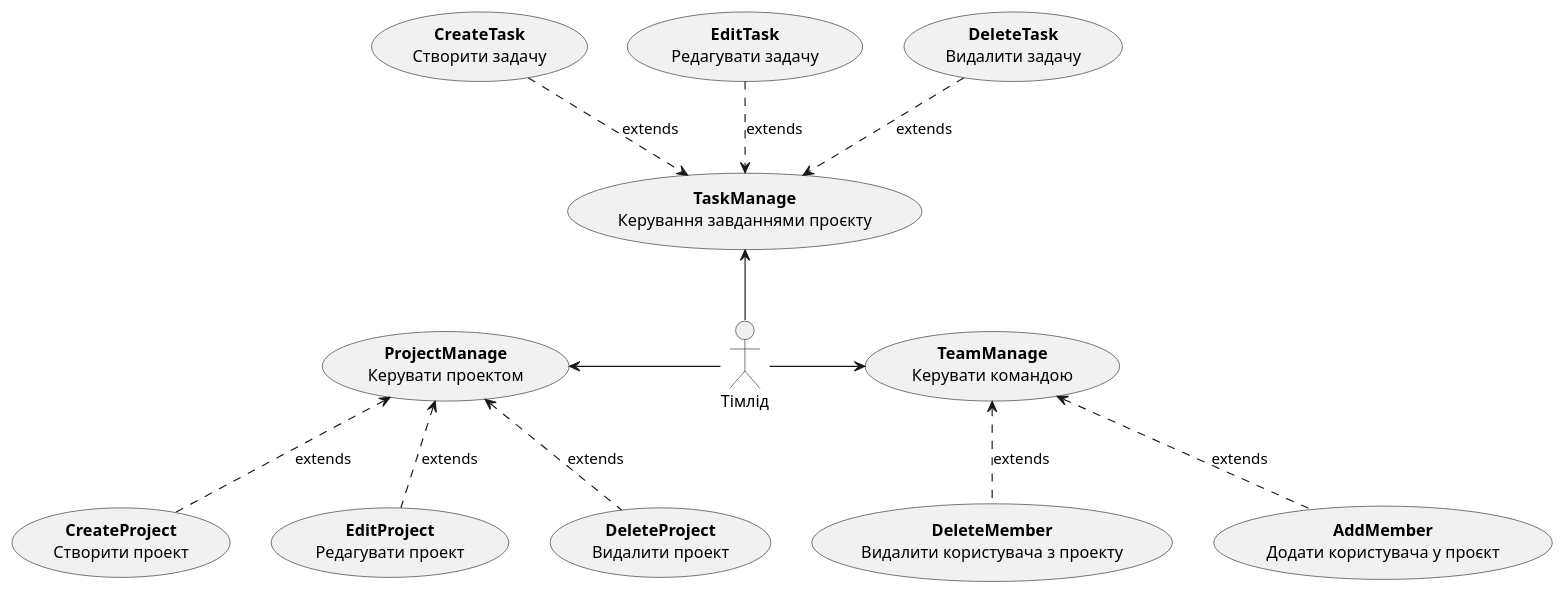
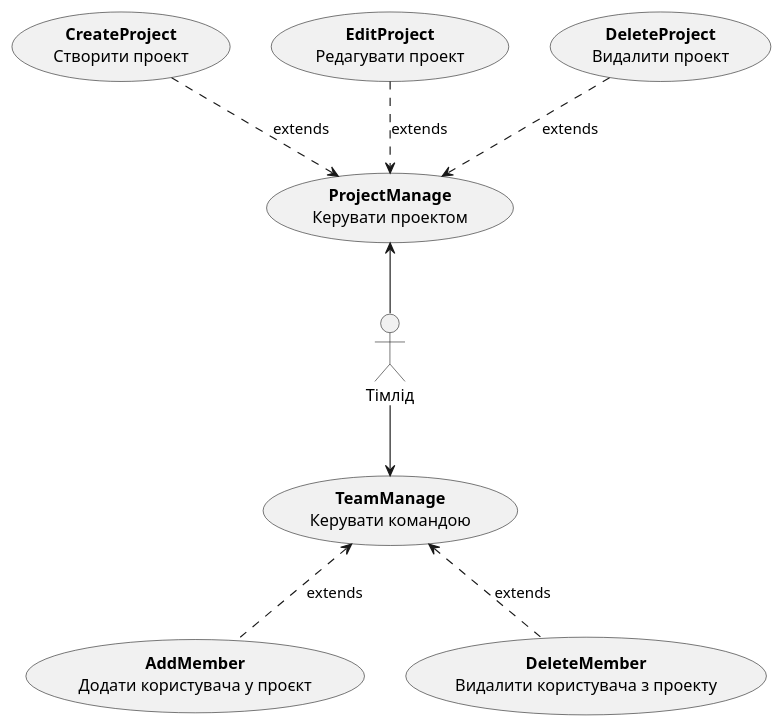
Before and after one commit to makssvelichko/edu_db_labs: the second of 13 diagrams in docs/use cases/README.md, drawn with PlantUML. The commit also changed other lines of this file, not shown here.

Commit message:
додав схеми для адміністратора та робітника

```diff
--- a/docs/use cases/README.md
+++ b/docs/use cases/README.md
@@ -58,35 +58,30 @@
 @startuml
 actor "Тімлід" as Teamlead
 
-usecase "<b>CreateTask</b>\nСтворити задачу" as CreateTask
-usecase "<b>EditTask</b>\nРедагувати задачу" as EditTask
-usecase "<b>DeleteTask</b>\nВидалити задачу" as DeleteTask
+
 
 usecase "<b>CreateProject</b>\nСтворити проект" as CreateProject
 usecase "<b>EditProject</b>\nРедагувати проект" as EditProject
 usecase "<b>AddMember</b>\nДодати користувача у проєкт" as AddMember
 usecase "<b>DeleteMember</b>\nВидалити користувача з проекту" as DeleteMember
 usecase "<b>DeleteProject</b>\nВидалити проект" as DeleteProject
 
-usecase "<b>TaskManage</b>\nКерування завданнями проєкту" as TaskManage
+
 
 usecase "<b>TeamManage</b>\nКерувати командою" as TeamManage
 usecase "<b>ProjectManage</b>\nКерувати проектом" as ProjectManage
 
 
 
-Teamlead -r-> TeamManage
+Teamlead -d-> TeamManage
 AddMember .u.> TeamManage:extends
 DeleteMember .u.> TeamManage:extends
 
-Teamlead -l-> ProjectManage
-CreateProject .u.> ProjectManage:extends
-DeleteProject .u.> ProjectManage:extends
-EditProject .u.> ProjectManage:extends
+Teamlead -u-> ProjectManage
+CreateProject .d.> ProjectManage:extends
+DeleteProject .d.> ProjectManage:extends
+EditProject .d.> ProjectManage:extends
 
-Teamlead -u-> TaskManage
-CreateTask .d.> TaskManage:extends
-EditTask .d.> TaskManage:extends
-DeleteTask .d.> TaskManage:extends
+
 
 @enduml
```
